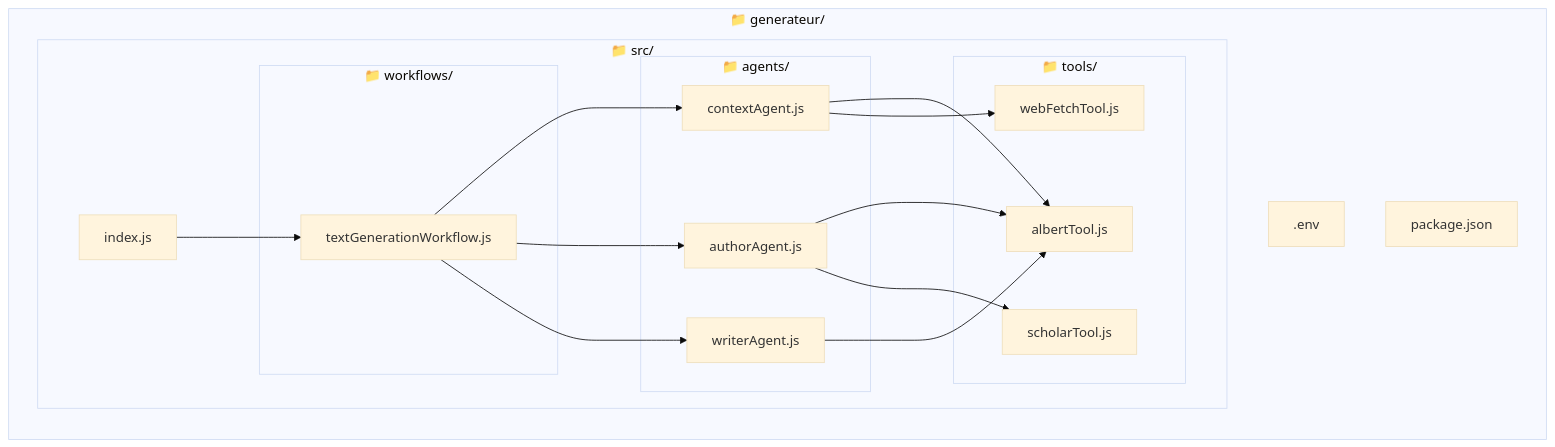
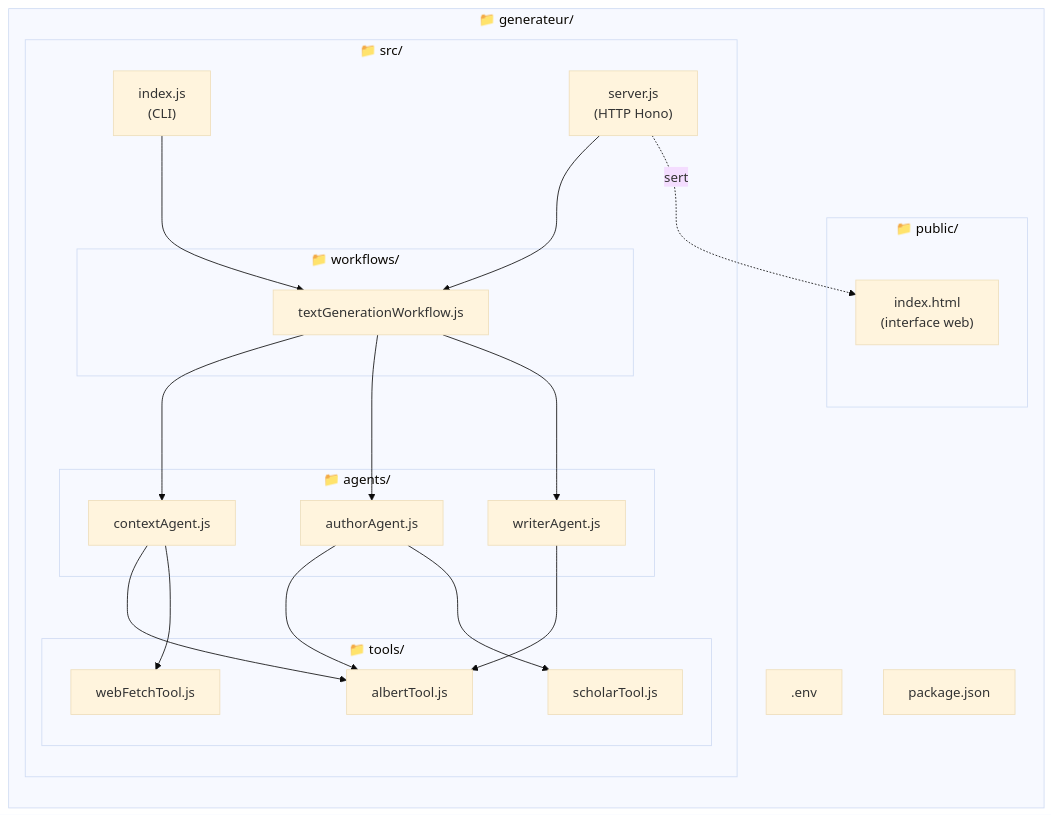
The second of 12 diagrams in README.md (samszo/generator_expertise), drawn with Mermaid (base theme) before and after one commit. The commit also changed other lines of this file, not shown here.

First line of the commit message:
docs: update README with web client and server documentation

````diff
--- a/README.md
+++ b/README.md
@@ -55,29 +62,35 @@
 ```mermaid
 graph LR
     subgraph root["📁 generateur/"]
         ENV[".env"]
         PKG["package.json"]
+        subgraph public["📁 public/"]
+            HTML["index.html\n(interface web)"]
+        end
         subgraph src["📁 src/"]
-            IDX["index.js"]
+            IDX["index.js\n(CLI)"]
+            SRV["server.js\n(HTTP Hono)"]
             subgraph agents["📁 agents/"]
                 CA2["contextAgent.js"]
                 AA2["authorAgent.js"]
                 WA2["writerAgent.js"]
             end
             subgraph tools["📁 tools/"]
                 AT["albertTool.js"]
                 WT["webFetchTool.js"]
                 ST["scholarTool.js"]
             end
             subgraph workflows["📁 workflows/"]
                 WF["textGenerationWorkflow.js"]
             end
         end
     end
 
     IDX --> WF
+    SRV --> WF
+    SRV -.->|"sert"| HTML
     WF --> CA2 & AA2 & WA2
     CA2 --> AT & WT
     AA2 --> AT & ST
     WA2 --> AT
 ```
````
